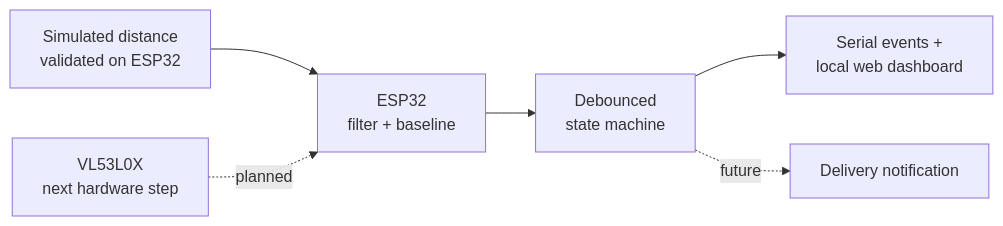
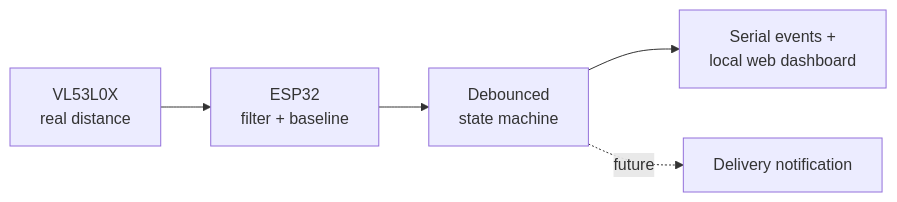
The diagram in README.md (jonathanliyou0623-wq/smart-package-detector), drawn with Mermaid before and after one commit. The commit also changed other lines of this file and 16 other files, not shown here.

````diff
--- a/README.md
+++ b/README.md
@@ -37,8 +45,7 @@
 ```mermaid
 flowchart LR
-    S[Simulated distance<br/>validated on ESP32] --> B[ESP32<br/>filter + baseline]
-    A[VL53L0X<br/>next hardware step] -. planned .-> B
+    A[VL53L0X<br/>real distance] --> B[ESP32<br/>filter + baseline]
     B --> C[Debounced<br/>state machine]
     C --> D[Serial events +<br/>local web dashboard]
     C -. future .-> E[Delivery notification]
 ```
````
